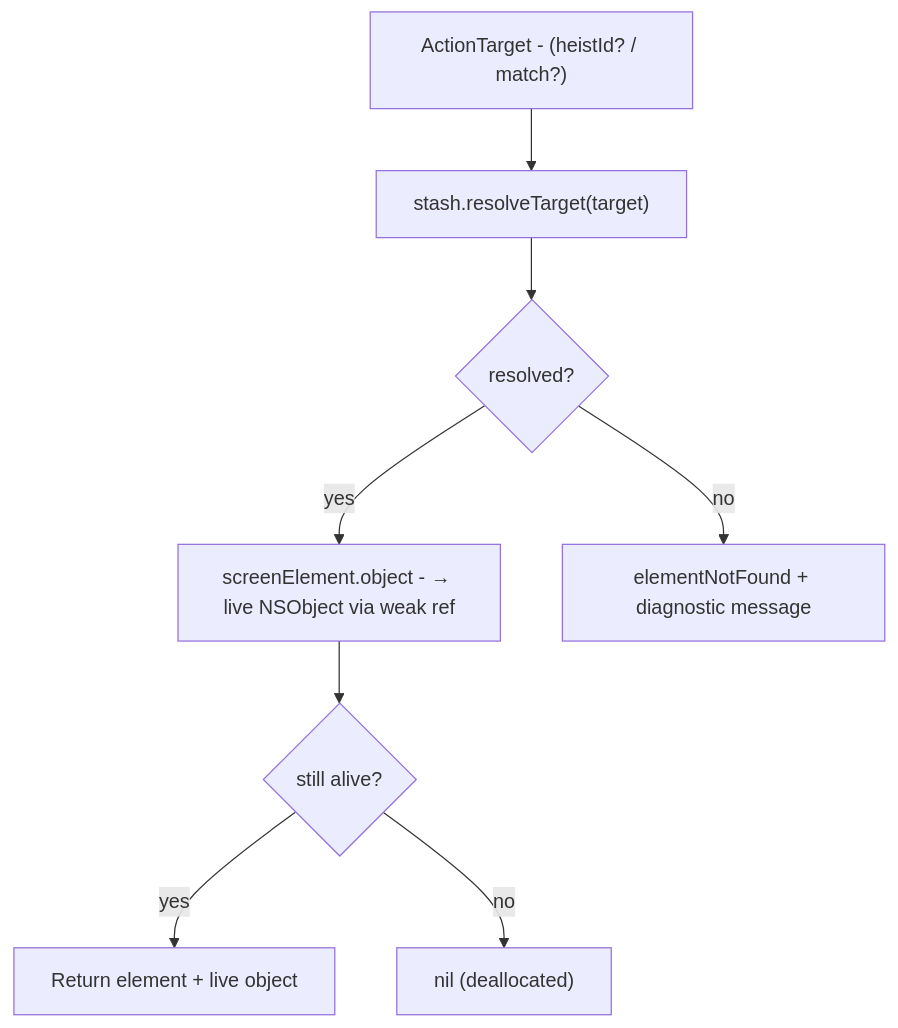
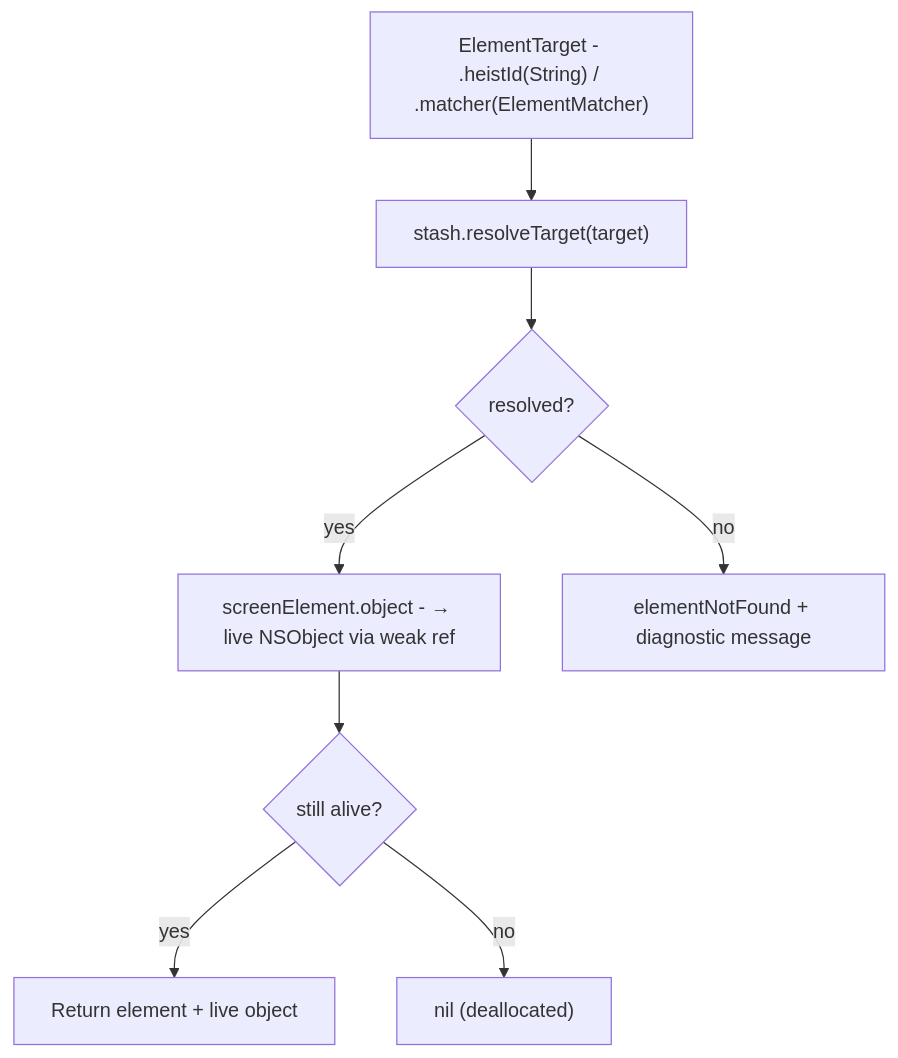
Before and after one commit to RoyalPineapple/TheButtonHeist: the fourth of 4 diagrams in docs/dossiers/14-THESAFECRACKER.md, drawn with Mermaid. The commit also changed other lines of this file and 13 other files, not shown here.

````diff
--- a/docs/dossiers/14-THESAFECRACKER.md
+++ b/docs/dossiers/14-THESAFECRACKER.md
@@ -230,11 +231,11 @@
 ```mermaid
 flowchart TD
-    Target["ActionTarget - (heistId? / match?)"]
+    Target["ElementTarget - .heistId(String) / .matcher(ElementMatcher)"]
     Target --> Resolve["stash.resolveTarget(target)"]
     Resolve --> Found{resolved?}
     Found -->|yes| WeakRef["screenElement.object - → live NSObject via weak ref"]
     Found -->|no| Fail["elementNotFound + diagnostic message"]
     WeakRef --> Alive{still alive?}
     Alive -->|yes| UseElement["Return element + live object"]
     Alive -->|no| Dealloc["nil (deallocated)"]
 ```
````
